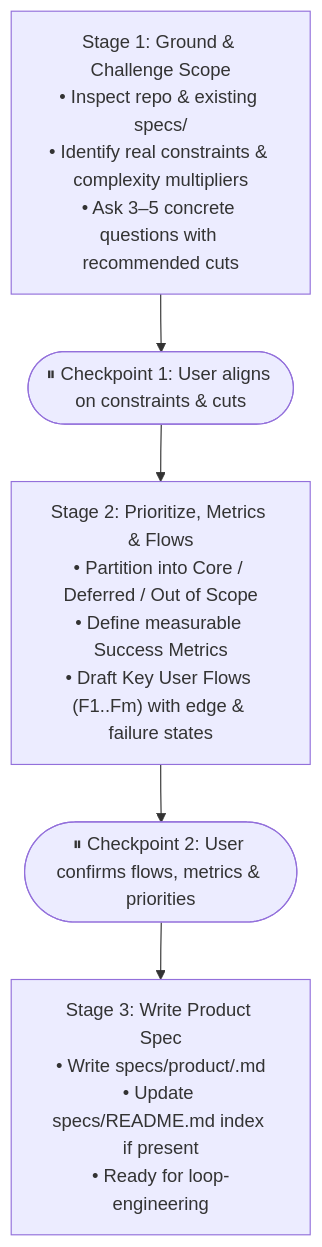
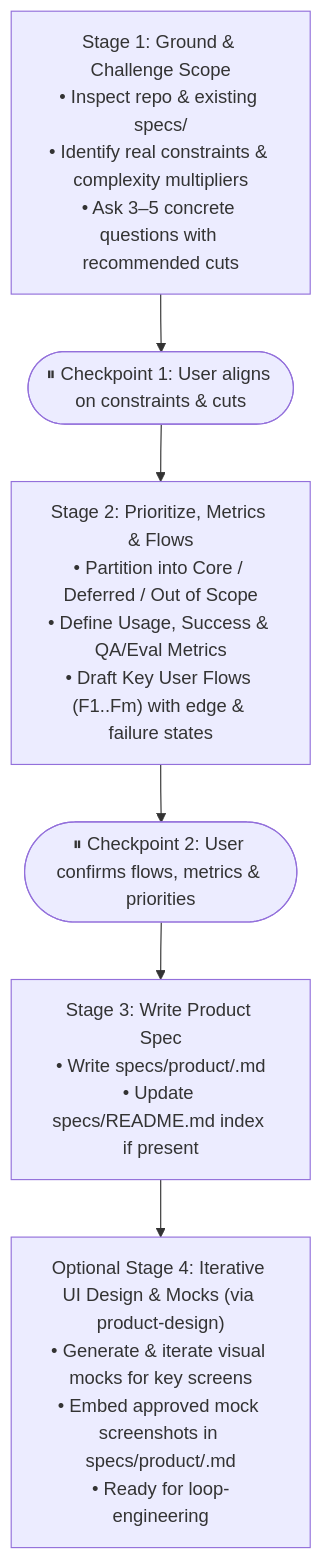
One commit to yoyothesheep/claude-skills changed the diagram in product-scoping/SKILL.md. Above: the diagram before and after it, drawn with Mermaid. The commit also changed other lines of this file and 7 other files, not shown here.

Commit message:
Update product-design with 3-part anti-slop engine (random seeds, modern archetypes, diversity gate)

````diff
--- a/product-scoping/SKILL.md
+++ b/product-scoping/SKILL.md
@@ -41,19 +45,22 @@
 ```mermaid
 flowchart TD
     S1["Stage 1: Ground & Challenge Scope
 • Inspect repo & existing specs/
 • Identify real constraints & complexity multipliers
 • Ask 3–5 concrete questions with recommended cuts"]
     C1(["⏸ Checkpoint 1: User aligns on constraints & cuts"])
     S2["Stage 2: Prioritize, Metrics & Flows
 • Partition into Core / Deferred / Out of Scope
-• Define measurable Success Metrics
+• Define Usage, Success & QA/Eval Metrics
 • Draft Key User Flows (F1..Fm) with edge & failure states"]
     C2(["⏸ Checkpoint 2: User confirms flows, metrics & priorities"])
     S3["Stage 3: Write Product Spec
 • Write specs/product/<slug>.md
-• Update specs/README.md index if present
+• Update specs/README.md index if present"]
+    S4["Optional Stage 4: Iterative UI Design & Mocks (via product-design)
+• Generate & iterate visual mocks for key screens
+• Embed approved mock screenshots in specs/product/<slug>.md
 • Ready for loop-engineering"]
 
-    S1 --> C1 --> S2 --> C2 --> S3
+    S1 --> C1 --> S2 --> C2 --> S3 --> S4
 ```
````
